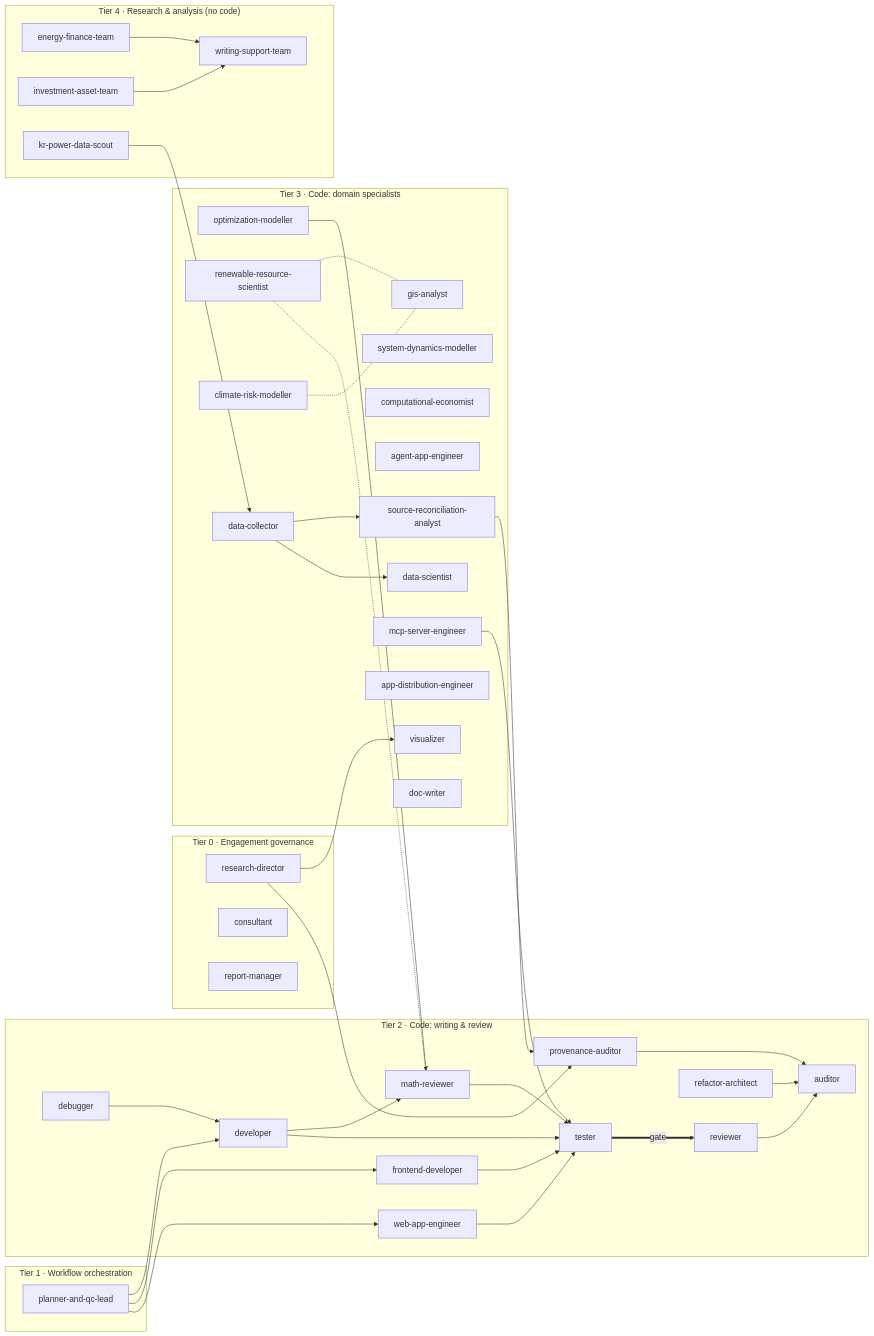
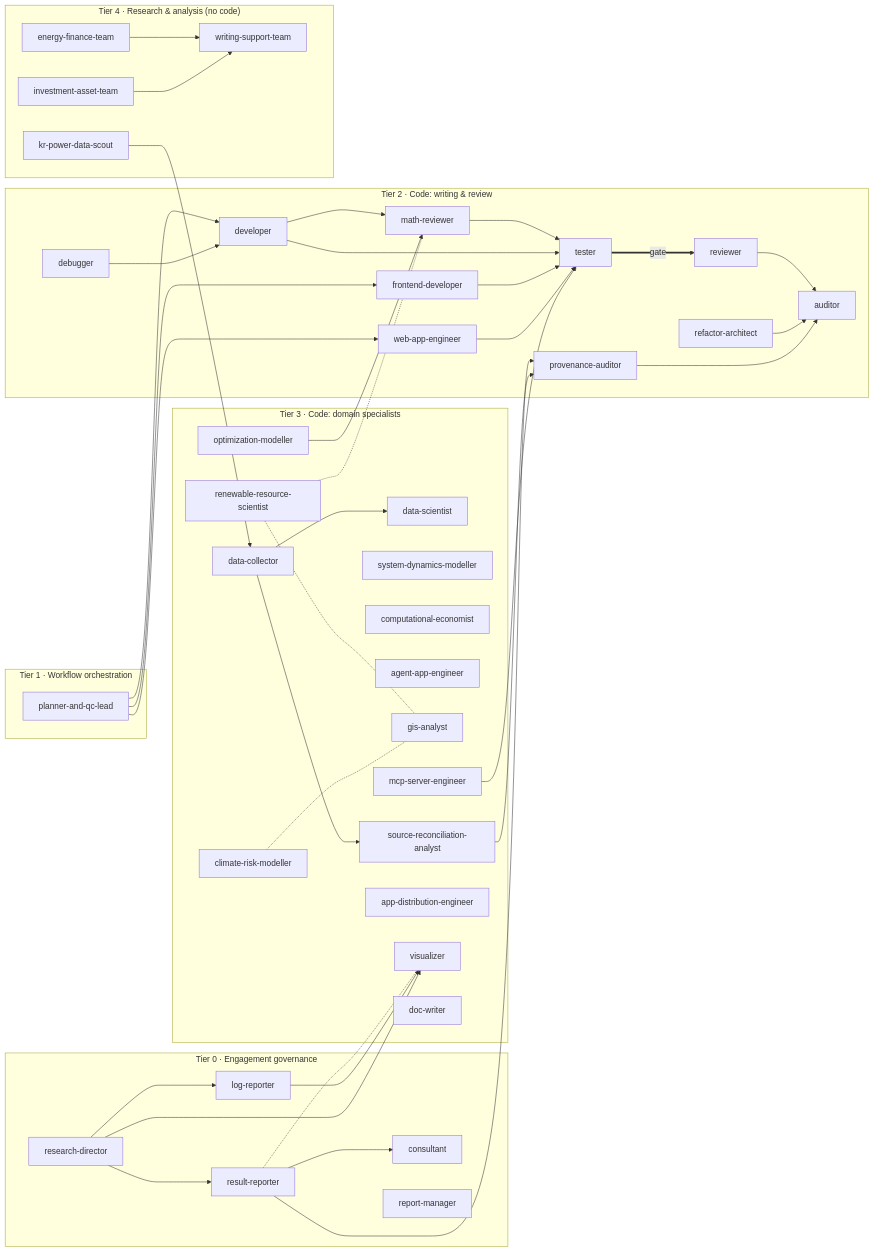
Before and after one commit to iam-hongsanghyun/claude-agents: the first of 2 diagrams in agents/ONTOLOGY.md, drawn with Mermaid. The commit also changed other lines of this file and 9 other files, not shown here.

````diff
--- a/agents/ONTOLOGY.md
+++ b/agents/ONTOLOGY.md
@@ -35,71 +35,78 @@
 ```mermaid
 flowchart LR
   subgraph T0["Tier 0 &middot; Engagement governance"]
     research_director["research-director"]
     consultant["consultant"]
     report_manager["report-manager"]
+    log_reporter["log-reporter"]
+    result_reporter["result-reporter"]
   end
   subgraph T1["Tier 1 &middot; Workflow orchestration"]
     planner_and_qc_lead["planner-and-qc-lead"]
   end
   subgraph T2["Tier 2 &middot; Code: writing & review"]
     developer["developer"]
     frontend_developer["frontend-developer"]
     web_app_engineer["web-app-engineer"]
     tester["tester"]
     reviewer["reviewer"]
     math_reviewer["math-reviewer"]
     auditor["auditor"]
     provenance_auditor["provenance-auditor"]
     refactor_architect["refactor-architect"]
     debugger["debugger"]
   end
   subgraph T3["Tier 3 &middot; Code: domain specialists"]
     data_scientist["data-scientist"]
     optimization_modeller["optimization-modeller"]
     system_dynamics_modeller["system-dynamics-modeller"]
     computational_economist["computational-economist"]
     renewable_resource_scientist["renewable-resource-scientist"]
     climate_risk_modeller["climate-risk-modeller"]
     agent_app_engineer["agent-app-engineer"]
     gis_analyst["gis-analyst"]
     data_collector["data-collector"]
     source_reconciliation_analyst["source-reconciliation-analyst"]
     mcp_server_engineer["mcp-server-engineer"]
     app_distribution_engineer["app-distribution-engineer"]
     visualizer["visualizer"]
     doc_writer["doc-writer"]
   end
   subgraph T4["Tier 4 &middot; Research & analysis (no code)"]
     energy_finance_team["energy-finance-team"]
     investment_asset_team["investment-asset-team"]
     kr_power_data_scout["kr-power-data-scout"]
     writing_support_team["writing-support-team"]
   end
+  research_director --> log_reporter
+  research_director --> result_reporter
+  result_reporter -.- visualizer
+  log_reporter --> visualizer
+  result_reporter --> provenance_auditor
+  result_reporter --> consultant
   research_director --> visualizer
-  research_director --> provenance_auditor
   planner_and_qc_lead --> developer
   planner_and_qc_lead --> frontend_developer
   planner_and_qc_lead --> web_app_engineer
   developer --> math_reviewer
   optimization_modeller --> math_reviewer
   math_reviewer --> tester
   developer --> tester
   frontend_developer --> tester
   web_app_engineer --> tester
   mcp_server_engineer --> tester
   tester ==>|gate| reviewer
   reviewer --> auditor
   debugger --> developer
   refactor_architect --> auditor
   renewable_resource_scientist -.- gis_analyst
   renewable_resource_scientist -.- math_reviewer
   climate_risk_modeller -.- gis_analyst
   kr_power_data_scout --> data_collector
   data_collector --> source_reconciliation_analyst
   data_collector --> data_scientist
   source_reconciliation_analyst --> provenance_auditor
   provenance_auditor --> auditor
   energy_finance_team --> writing_support_team
   investment_asset_team --> writing_support_team
 ```
````
